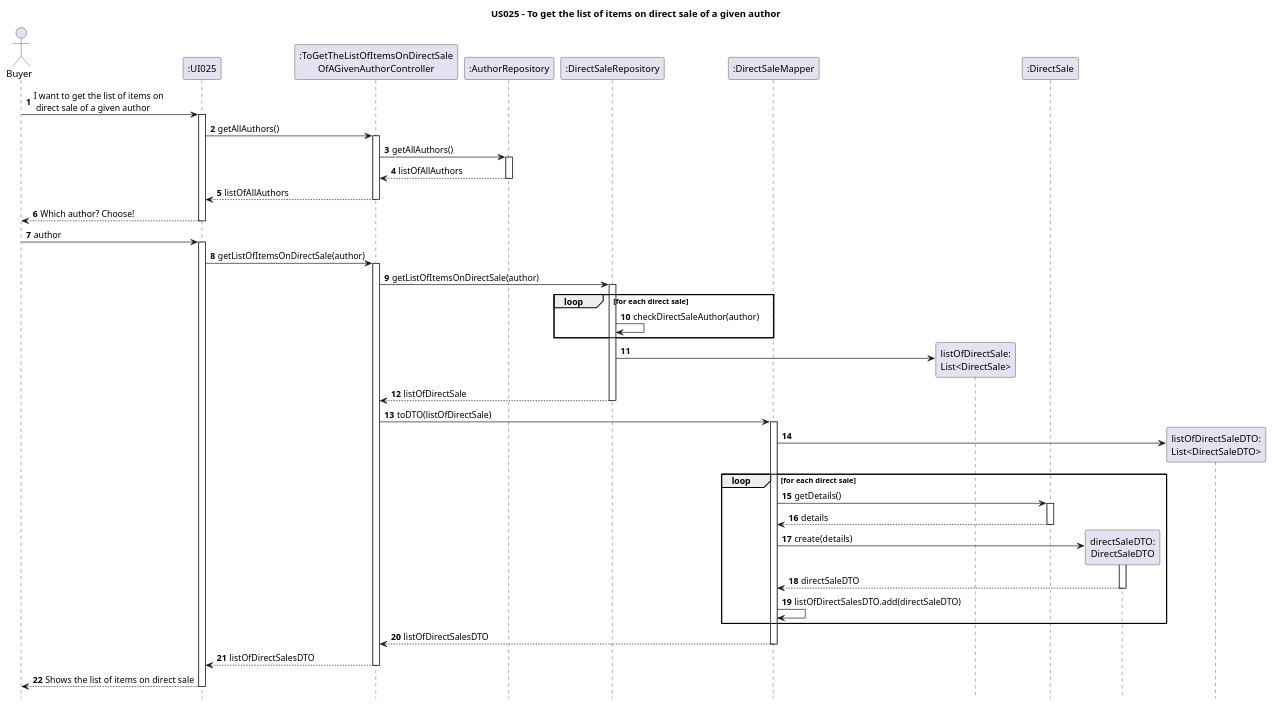
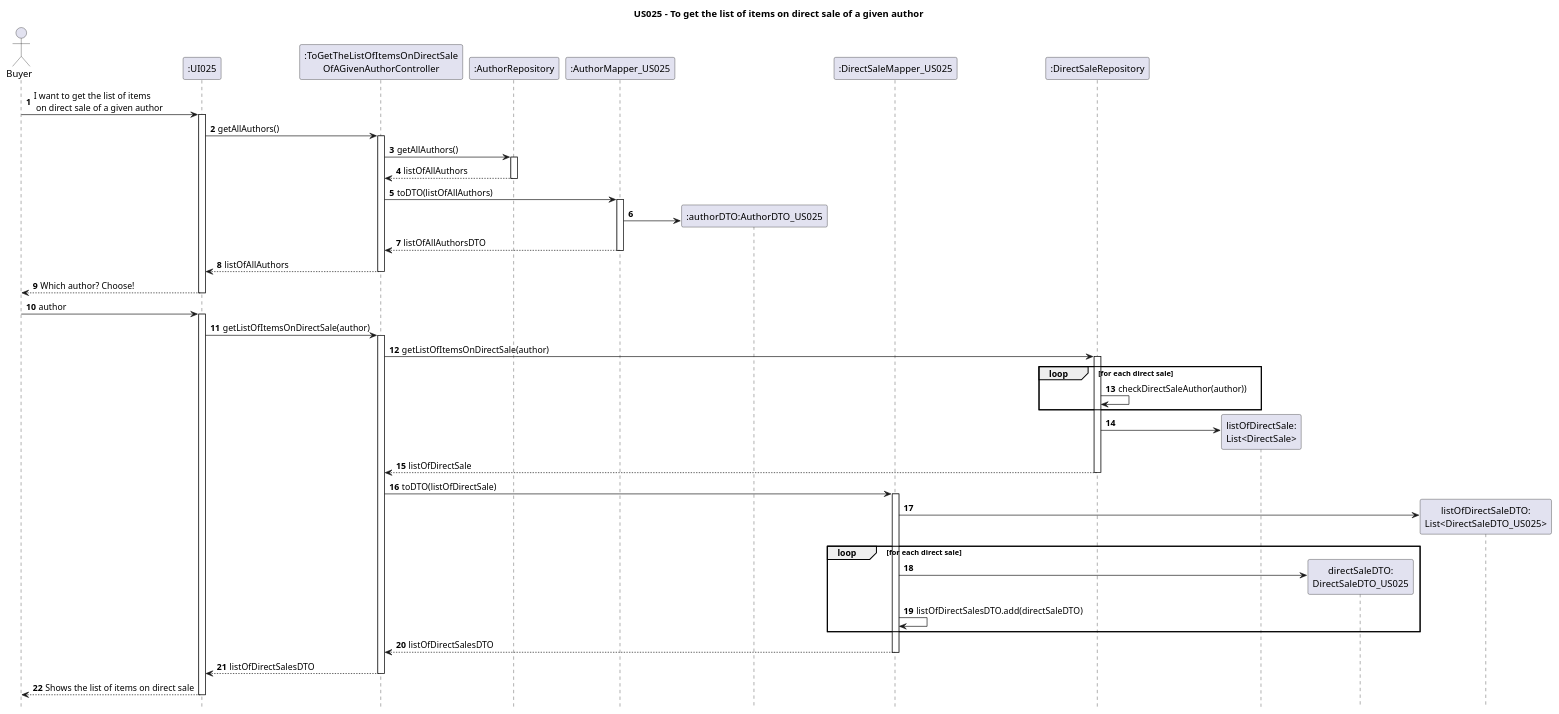
Before and after one commit to AndrePereiraGitH/SWitCH-Project-Team_A: the diagram in Diagrams/SequenceDiagrams/N2/US025-to-get-the-list-of-items-on-direct-sale-of-a-given-author.puml, drawn with PlantUML. The commit also changed 1 other file, not shown here.

```diff
--- a/Diagrams/SequenceDiagrams/N2/US025-to-get-the-list-of-items-on-direct-sale-of-a-given-author.puml
+++ b/Diagrams/SequenceDiagrams/N2/US025-to-get-the-list-of-items-on-direct-sale-of-a-given-author.puml
@@ -1,79 +1,82 @@
 @startuml
 
 hide footbox
 autonumber
 title US025 - To get the list of items on direct sale of a given author
 
 actor Buyer
 
 ' Participants
 participant ":UI025" as UI025
 participant ":ToGetTheListOfItemsOnDirectSale\nOfAGivenAuthorController" as Ctrl
 participant ":AuthorRepository" as AuthorRepository
+participant ":AuthorMapper_US025" as AuthorMapper
+participant ":authorDTO:AuthorDTO_US025" as AuthorDTO
+participant ":DirectSaleMapper_US025" as Mapper
 participant ":DirectSaleRepository" as DirectSaleRepository
-participant ":DirectSaleMapper" as Mapper
 participant "listOfDirectSale:\nList<DirectSale>" as ListDS
-participant ":DirectSale" as DSDomain
-participant "directSaleDTO:\nDirectSaleDTO" as DTO
-participant "listOfDirectSaleDTO:\nList<DirectSaleDTO>" as ListDTO
+'participant ":DirectSale" as DSDomain
+participant "directSaleDTO:\nDirectSaleDTO_US025" as DTO
+participant "listOfDirectSaleDTO:\nList<DirectSaleDTO_US025>" as ListDTO
 
 
 ' Interactions
-Buyer -> UI025 : I want to get the list of items on\n direct sale of a given author
+Buyer -> UI025 : I want to get the list of items\n on direct sale of a given author
 activate UI025
 UI025 -> Ctrl : getAllAuthors()
 activate Ctrl
 Ctrl -> AuthorRepository: getAllAuthors()
 activate AuthorRepository
 AuthorRepository --> Ctrl: listOfAllAuthors
 deactivate AuthorRepository
+
+Ctrl -> AuthorMapper: toDTO(listOfAllAuthors)
+activate AuthorMapper
+'AuthorMapper -> PubDTO
+AuthorMapper -> AuthorDTO **
+AuthorMapper --> Ctrl: listOfAllAuthorsDTO
+deactivate AuthorMapper
+
 Ctrl --> UI025 : listOfAllAuthors
 deactivate Ctrl
 Buyer <-- UI025 : Which author? Choose!
 deactivate UI025
 Buyer -> UI025 : author
 activate UI025
 
 UI025 -> Ctrl : getListOfItemsOnDirectSale(author)
 activate Ctrl
 
 Ctrl -> DirectSaleRepository : getListOfItemsOnDirectSale(author)
 activate DirectSaleRepository
 
 loop for each direct sale
-    DirectSaleRepository -> DirectSaleRepository : checkDirectSaleAuthor(author)
+    DirectSaleRepository -> DirectSaleRepository : checkDirectSaleAuthor(author))
 end
 
 DirectSaleRepository -> ListDS ** :
 DirectSaleRepository --> Ctrl : listOfDirectSale
 
 deactivate DirectSaleRepository
 
 Ctrl -> Mapper : toDTO(listOfDirectSale)
 activate Mapper
 Mapper -> ListDTO ** :
 
     loop for each direct sale
-        Mapper -> DSDomain : getDetails()
-        activate DSDomain
-        DSDomain --> Mapper : details
-        deactivate DSDomain
 
-        Mapper -> DTO ** : create(details)
-        activate DTO
-        DTO --> Mapper : directSaleDTO
-        deactivate DTO
+        Mapper -> DTO **
 
         Mapper -> Mapper : listOfDirectSalesDTO.add(directSaleDTO)
     end
 
 Mapper --> Ctrl : listOfDirectSalesDTO
 deactivate Mapper
 
 Ctrl --> UI025 : listOfDirectSalesDTO
 deactivate Ctrl
 
 UI025 --> Buyer : Shows the list of items on direct sale
 deactivate UI025
 
 @enduml
```
